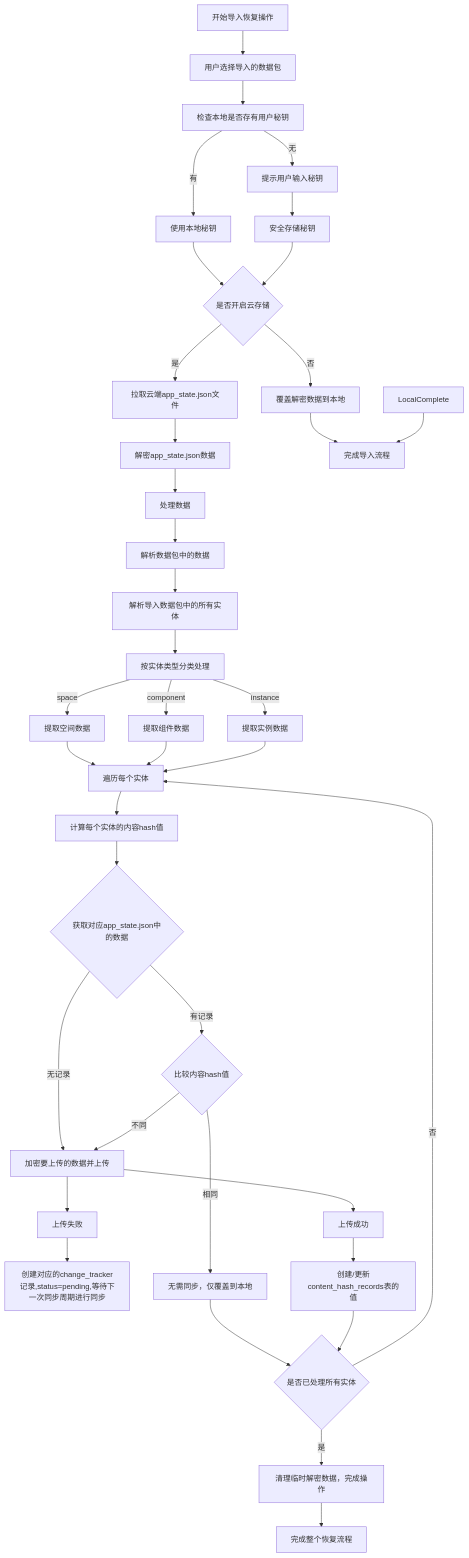
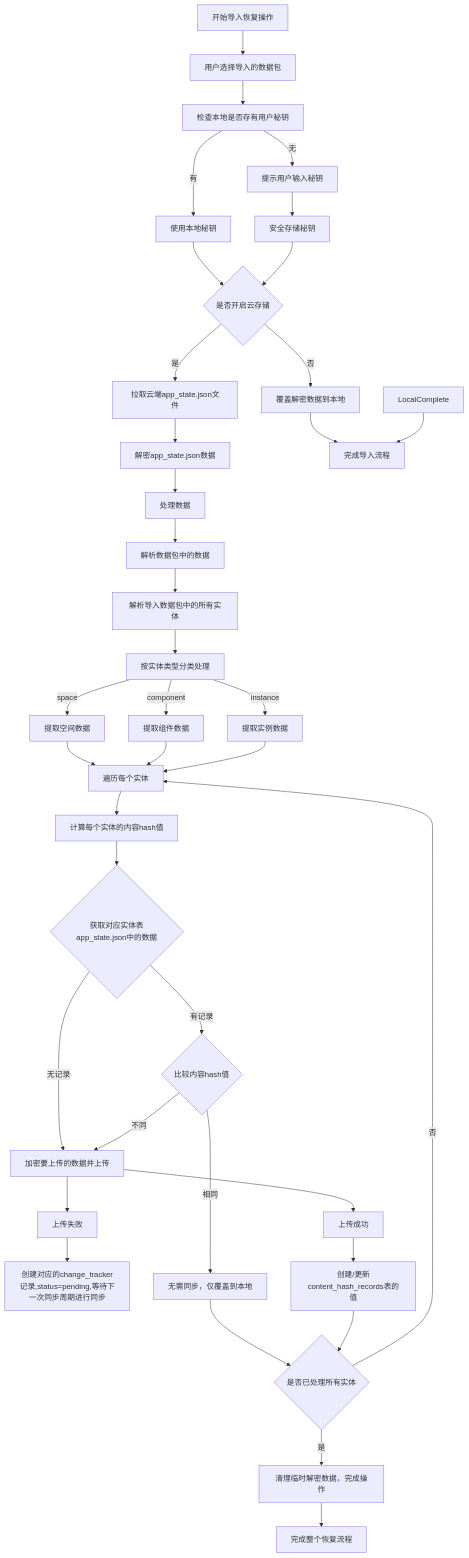
The diagram in all/未命名-47.md (yingjianzh/iodraw-files), drawn with Mermaid before and after one commit.

Commit message:
2025-04-29 15:01:32 update

````diff
--- a/all/未命名-47.md
+++ b/all/未命名-47.md
@@ -1,56 +1,56 @@
 ```mermaid
 flowchart TD
     A[开始导入恢复操作] --> B[用户选择导入的数据包]
     B --> B1[检查本地是否存有用户秘钥]
     
     B1 -->|有| B3[使用本地秘钥]
     B1 -->|无| B4[提示用户输入秘钥]
 
     B4 --> B8[安全存储秘钥]
     B3 --> Check{是否开启云存储}
 
     B8 --> Check
     Check --> |否| LocalOnly[覆盖解密数据到本地]
     
     Check --> |是| Download[拉取云端app_state.json文件]
     Download --> AppState[解密app_state.json数据]
 
     LocalOnly --> Complete[完成导入流程]
     AppState --> Process[处理数据]
 
     Process --> C[解析数据包中的数据]
     
     C --> D[解析导入数据包中的所有实体]
     D --> G[按实体类型分类处理]
     
     G -->|space| H1[提取空间数据]
     G -->|component| H2[提取组件数据]
     G -->|instance| H3[提取实例数据]
     
     H1 --> I[遍历每个实体]
     H2 --> I
     H3 --> I
     
     I --> CalcHash[计算每个实体的内容hash值]
-    CalcHash --> L{获取对应app_state.json中的数据}
+    CalcHash --> L{获取对应实体表app_state.json中的数据}
     
     L -->|无记录| M1[加密要上传的数据并上传]
     M1 --> N1[上传成功]
     M1 --> N2[上传失败]
     
     N2 --> N3[创建对应的change_tracker记录,status=pending,等待下一次同步周期进行同步]
     N1 --> M4[创建/更新content_hash_records表的值]
     LocalComplete --> Complete
 
     L -->|有记录| M2{比较内容hash值}
     M2 -->|相同| M3[无需同步，仅覆盖到本地]
     M2 -->|不同| M1
     
     M3 --> S{是否已处理所有实体}
     M4 --> S
 
     S -->|否| I
     S -->|是| U[清理临时解密数据，完成操作]
 
     U --> V[完成整个恢复流程]
 ```
````
